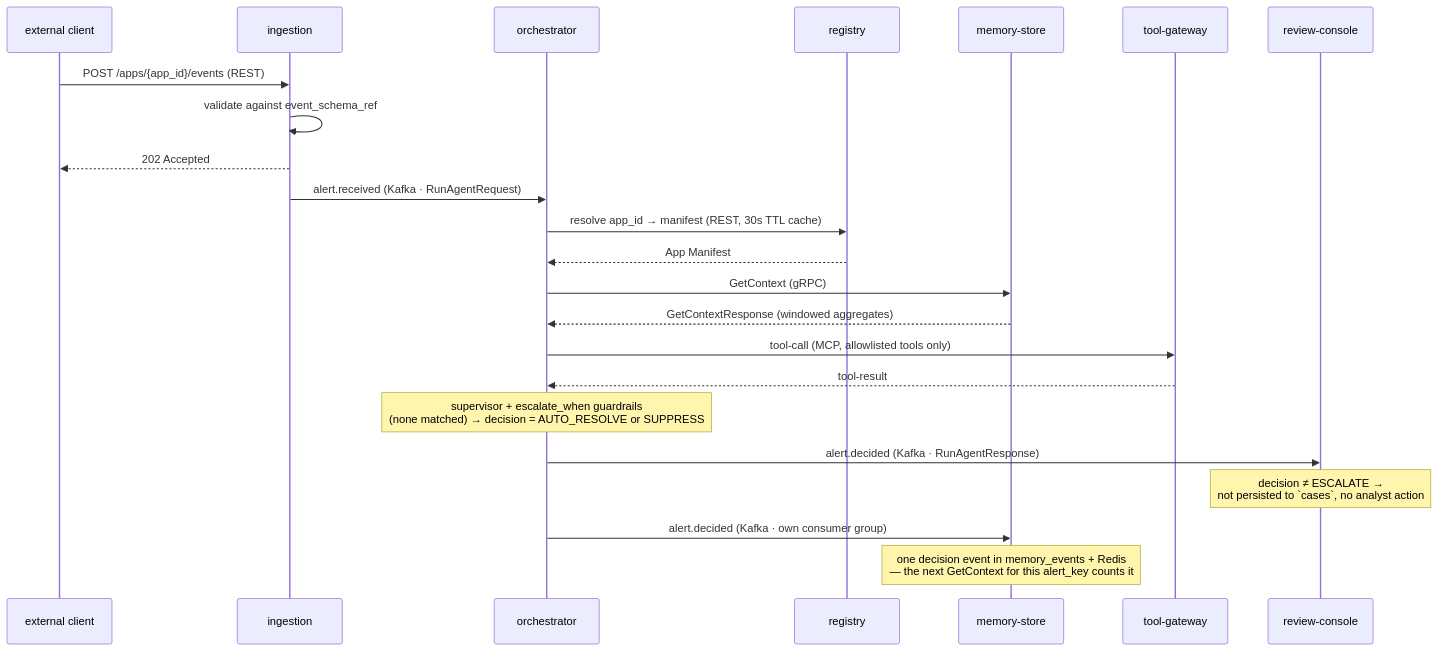
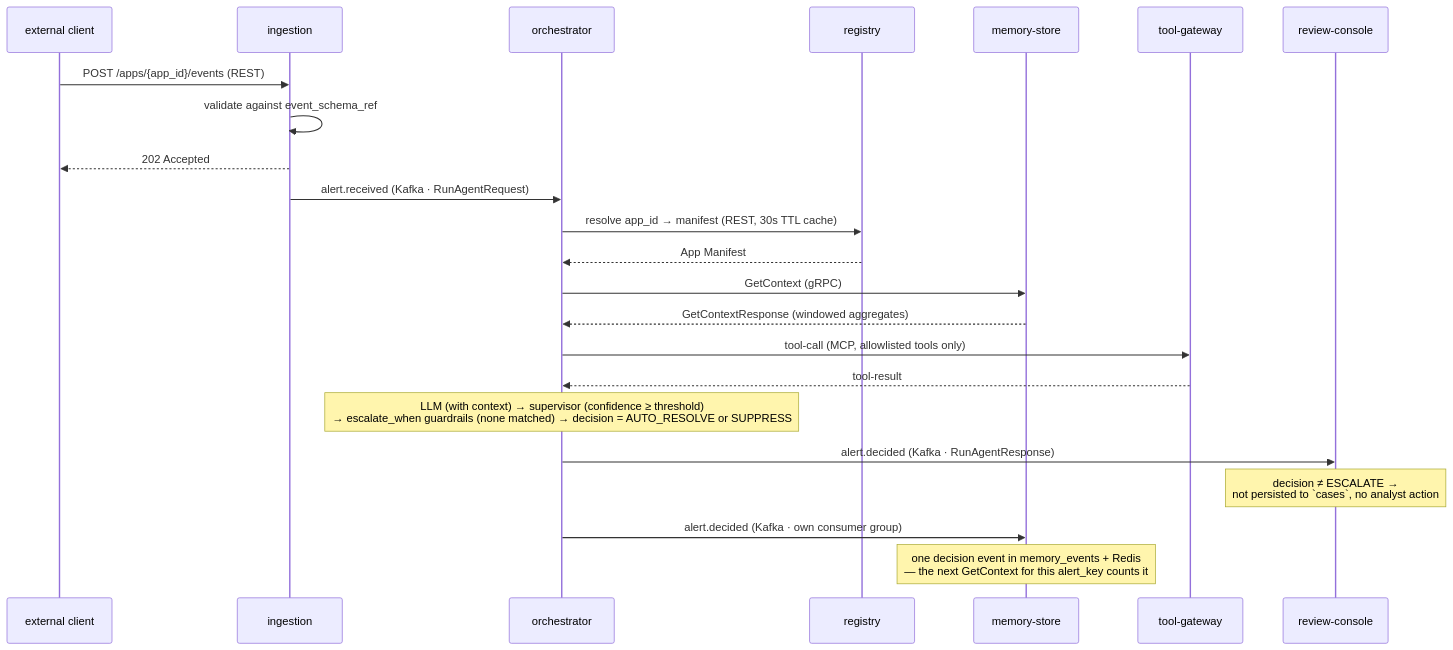
Before and after one commit to SrikanthArgp/agentic-platform: the first of 5 diagrams in docs/sequence_diagram.md, drawn with Mermaid. The commit also changed 4 other files, not shown here.

````diff
--- a/docs/sequence_diagram.md
+++ b/docs/sequence_diagram.md
@@ -33,31 +33,31 @@
 ```mermaid
 sequenceDiagram
     participant Client as external client
     participant Ingestion as ingestion
     participant Orchestrator as orchestrator
     participant Registry as registry
     participant MemoryStore as memory-store
     participant ToolGateway as tool-gateway
     participant ReviewConsole as review-console
 
     Client->>Ingestion: POST /apps/{app_id}/events (REST)
     Ingestion->>Ingestion: validate against event_schema_ref
     Ingestion-->>Client: 202 Accepted
     Ingestion->>Orchestrator: alert.received (Kafka · RunAgentRequest)
 
     Orchestrator->>Registry: resolve app_id → manifest (REST, 30s TTL cache)
     Registry-->>Orchestrator: App Manifest
 
     Orchestrator->>MemoryStore: GetContext (gRPC)
     MemoryStore-->>Orchestrator: GetContextResponse (windowed aggregates)
 
     Orchestrator->>ToolGateway: tool-call (MCP, allowlisted tools only)
     ToolGateway-->>Orchestrator: tool-result
 
-    Note over Orchestrator: supervisor + escalate_when guardrails<br/>(none matched) → decision = AUTO_RESOLVE or SUPPRESS
+    Note over Orchestrator: LLM (with context) → supervisor (confidence ≥ threshold)<br/>→ escalate_when guardrails (none matched) → decision = AUTO_RESOLVE or SUPPRESS
 
     Orchestrator->>ReviewConsole: alert.decided (Kafka · RunAgentResponse)
     Note over ReviewConsole: decision ≠ ESCALATE →<br/>not persisted to `cases`, no analyst action
     Orchestrator->>MemoryStore: alert.decided (Kafka · own consumer group)
     Note over MemoryStore: one decision event in memory_events + Redis<br/>— the next GetContext for this alert_key counts it
 ```
````
